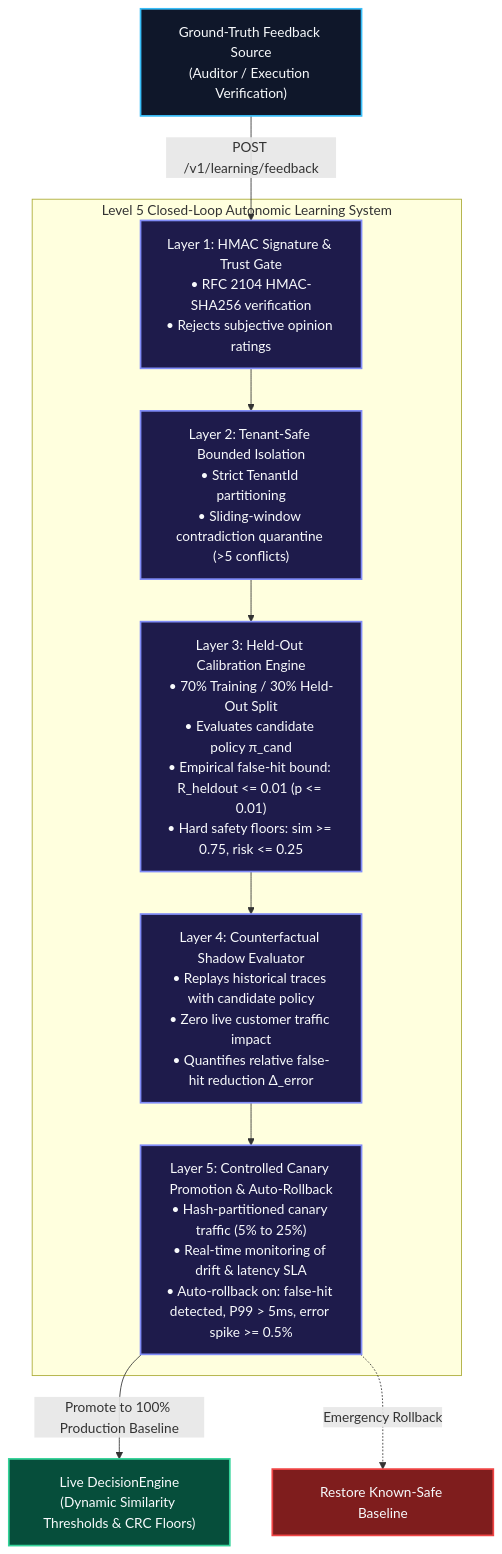
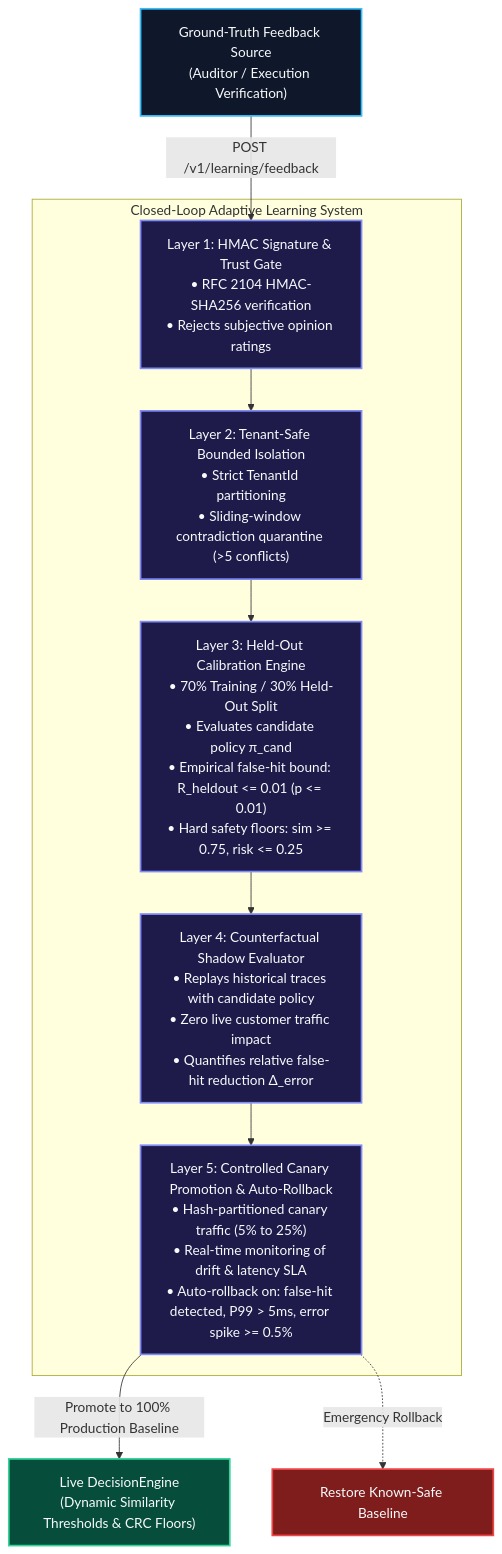
The second of 4 diagrams in README.md (Monkey0-9/Sunborn), drawn with Mermaid before and after one commit. The commit also changed other lines of this file and 18 other files, not shown here.

````diff
--- a/README.md
+++ b/README.md
@@ -126,29 +126,29 @@
 ```mermaid
 flowchart TD
     AgentAuditor["Ground-Truth Feedback Source<br/>(Auditor / Execution Verification)"] -->|"POST /v1/learning/feedback"| L1
     
-    subgraph Level5Controller["Level 5 Closed-Loop Autonomic Learning System"]
+    subgraph AdaptiveLearningController["Closed-Loop Adaptive Learning System"]
         L1["Layer 1: HMAC Signature & Trust Gate<br/>• RFC 2104 HMAC-SHA256 verification<br/>• Rejects subjective opinion ratings"] --> L2
         
         L2["Layer 2: Tenant-Safe Bounded Isolation<br/>• Strict TenantId partitioning<br/>• Sliding-window contradiction quarantine (>5 conflicts)"] --> L3
         
         L3["Layer 3: Held-Out Calibration Engine<br/>• 70% Training / 30% Held-Out Split<br/>• Evaluates candidate policy π_cand<br/>• Empirical false-hit bound: R_heldout <= 0.01 (p <= 0.01)<br/>• Hard safety floors: sim >= 0.75, risk <= 0.25"] --> L4
         
         L4["Layer 4: Counterfactual Shadow Evaluator<br/>• Replays historical traces with candidate policy<br/>• Zero live customer traffic impact<br/>• Quantifies relative false-hit reduction Δ_error"] --> L5
         
         L5["Layer 5: Controlled Canary Promotion & Auto-Rollback<br/>• Hash-partitioned canary traffic (5% to 25%)<br/>• Real-time monitoring of drift & latency SLA<br/>• Auto-rollback on: false-hit detected, P99 > 5ms, error spike >= 0.5%"]
     end
     
     L5 -->|"Promote to 100% Production Baseline"| ActivePolicy["Live DecisionEngine<br/>(Dynamic Similarity Thresholds & CRC Floors)"]
     L5 -.->|"Emergency Rollback"| Baseline["Restore Known-Safe Baseline"]
 
     classDef feedback fill:#0f172a,stroke:#38bdf8,stroke-width:2px,color:#f8fafc;
     classDef l5 fill:#1e1b4b,stroke:#818cf8,stroke-width:2px,color:#f8fafc;
     classDef prod fill:#064e3b,stroke:#34d399,stroke-width:2px,color:#f8fafc;
     classDef alert fill:#7f1d1d,stroke:#ef4444,stroke-width:2px,color:#f8fafc;
 
     class AgentAuditor feedback;
     class L1,L2,L3,L4,L5 l5;
     class ActivePolicy prod;
     class Baseline alert;
 ```
````
